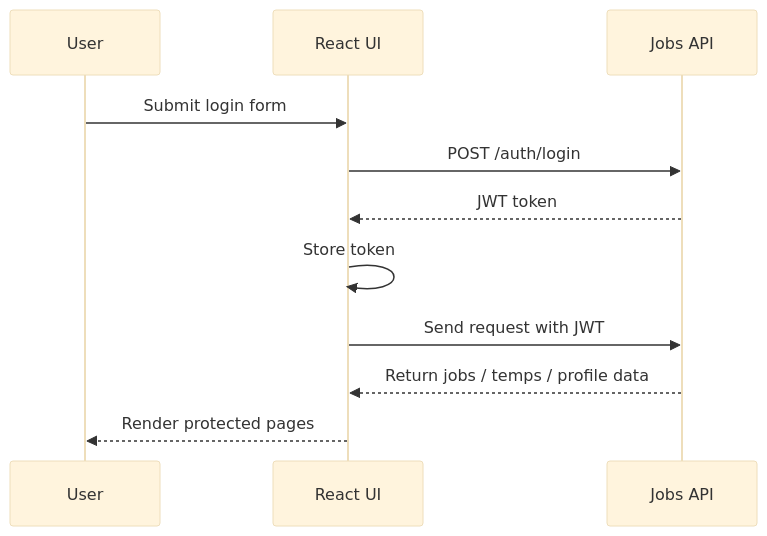
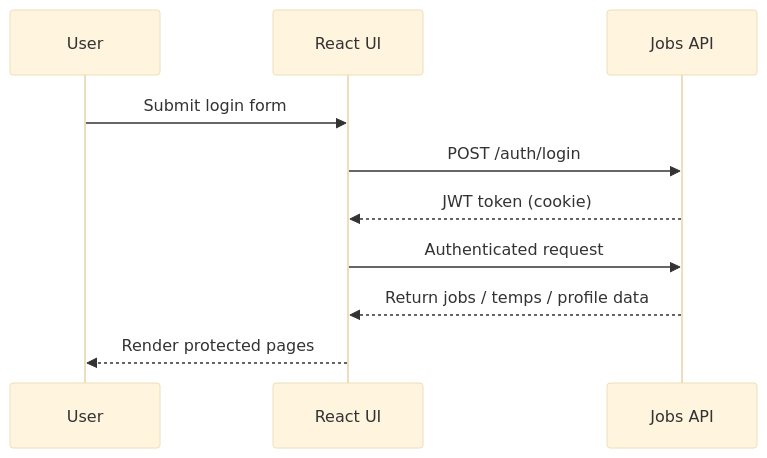
One commit to dinara-t/Jobs-UI changed the third of 3 diagrams in README.md. Above: the diagram before and after it, drawn with Mermaid (base theme). The commit also changed other lines of this file, not shown here.

````diff
--- a/README.md
+++ b/README.md
@@ -71,14 +74,13 @@
 ```mermaid
 sequenceDiagram
     participant U as User
     participant UI as React UI
     participant API as Jobs API
 
     U->>UI: Submit login form
     UI->>API: POST /auth/login
-    API-->>UI: JWT token
-    UI->>UI: Store token
-    UI->>API: Send request with JWT
+    API-->>UI: JWT token (cookie)
+    UI->>API: Authenticated request
     API-->>UI: Return jobs / temps / profile data
     UI-->>U: Render protected pages
 ```
````
